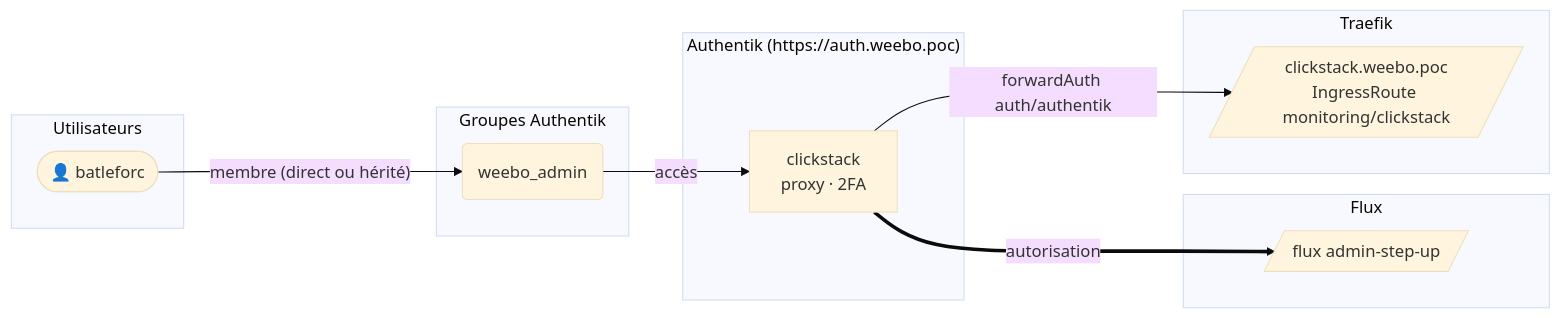
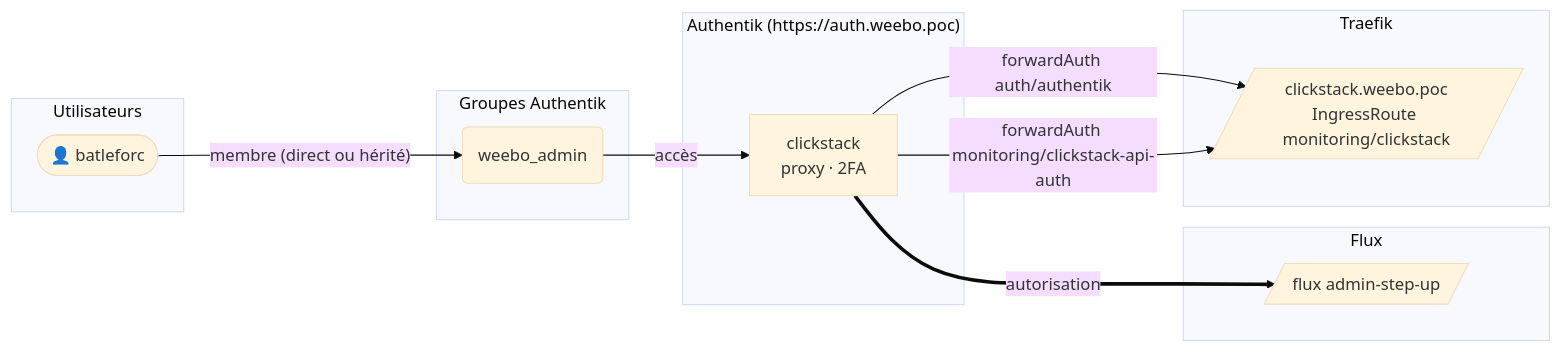
Before and after one commit to batleforc/weebo-si: the sixth of 13 diagrams in 0.docs/content/docs/security/authentication/applications.mdx, drawn with Mermaid (base theme). The commit also changed other lines of this file and 2 other files, not shown here.

Commit message:
fix(clickstack): API calls get a 401 on an expired session, not the login flow
HyperDX's fetch of /api/me followed the forward-auth 302 to auth.weebo.poc
(same site, cookies sent), which replaced the page's pending login flow in
the authentik session: after login the browser landed on /api/me.
/api/ now goes through the outpost's nginx endpoint, which answers 401 when
unauthenticated; X-Original-URL, the only URL it reads, is set by a headers
middleware. Pages still get the 302.

````diff
--- a/0.docs/content/docs/security/authentication/applications.mdx
+++ b/0.docs/content/docs/security/authentication/applications.mdx
@@ -276,22 +276,23 @@
 ```mermaid
 flowchart LR
   subgraph n_sg_Authentik__https___auth_weebo_poc__26e1e2["Authentik (https://auth.weebo.poc)"]
     n_ak_clickstack_f02905["clickstack<br/>proxy · 2FA"]
   end
   subgraph n_sg_Utilisateurs_8705d9["Utilisateurs"]
     n_user_batleforc_01dd2e(["👤 batleforc"])
   end
   subgraph n_sg_Groupes_Authentik_560804["Groupes Authentik"]
     n_group_weebo_admin_38219b("weebo_admin")
   end
   subgraph n_sg_Flux_3086f2["Flux"]
     n_flow_admin_step_up_6938b4[/"flux admin-step-up"/]
   end
   subgraph n_sg_Traefik_9d658b["Traefik"]
     n_route_clickstack_weebo_poc_99dbd2[/"clickstack.weebo.poc<br/>IngressRoute monitoring/clickstack"/]
   end
   n_user_batleforc_01dd2e -->|"membre (direct ou hérité)"| n_group_weebo_admin_38219b
   n_group_weebo_admin_38219b -->|"accès"| n_ak_clickstack_f02905
   n_ak_clickstack_f02905 ==>|"autorisation"| n_flow_admin_step_up_6938b4
   n_ak_clickstack_f02905 -->|"forwardAuth auth/authentik"| n_route_clickstack_weebo_poc_99dbd2
+  n_ak_clickstack_f02905 -->|"forwardAuth monitoring/clickstack-api-auth"| n_route_clickstack_weebo_poc_99dbd2
 ```
````
